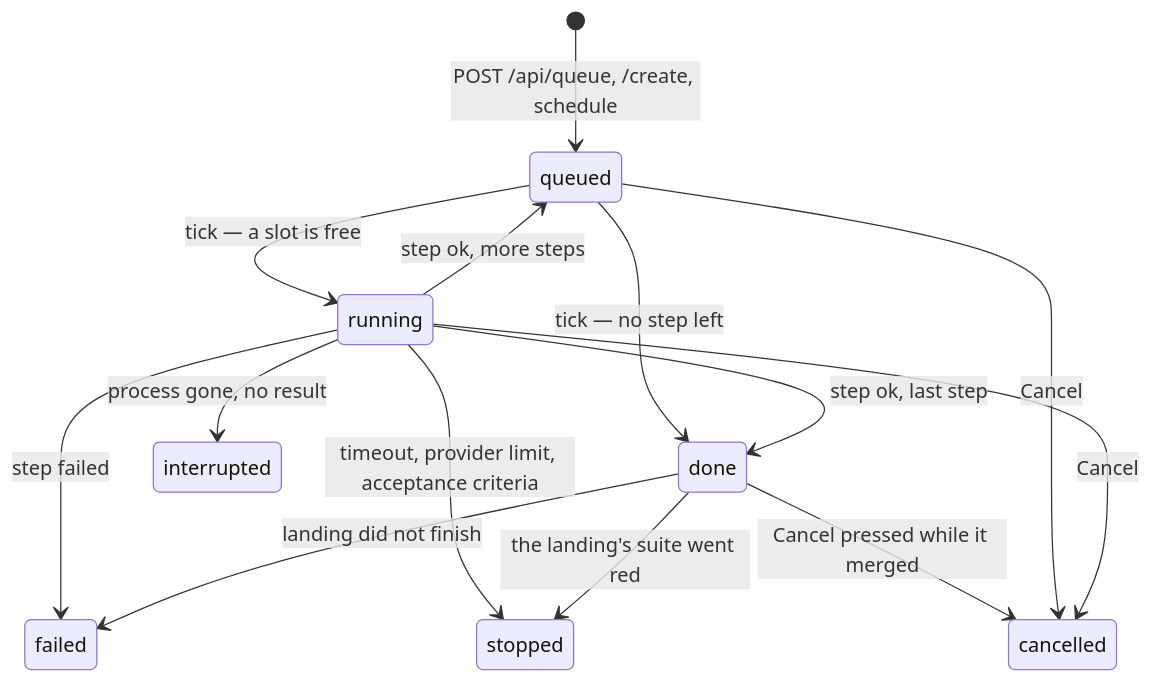
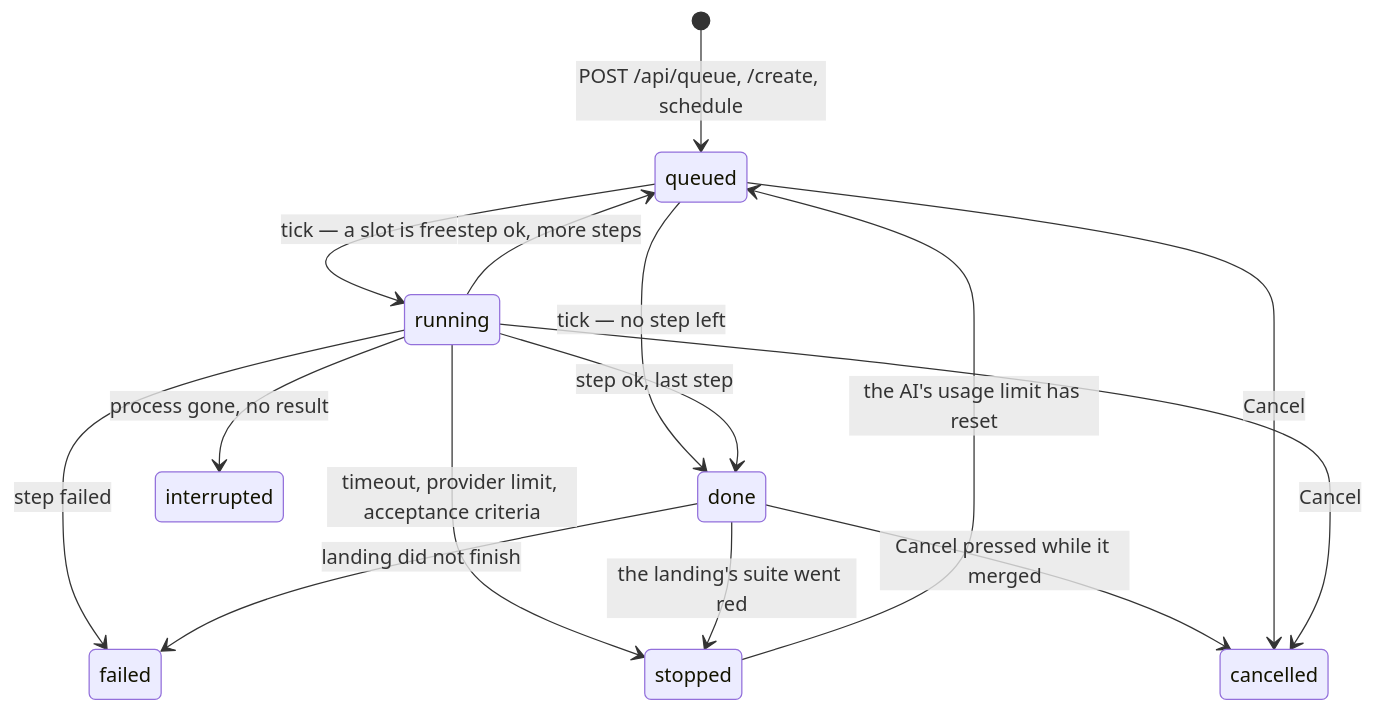
One commit to ragnarwestad/aide changed the diagram in dashboard/docs/job-states.md. Above: the diagram before and after it, drawn with Mermaid. The commit also changed other lines of this file and 26 other files, not shown here.

````diff
--- a/dashboard/docs/job-states.md
+++ b/dashboard/docs/job-states.md
@@ -49,16 +51,17 @@
 ```mermaid
 stateDiagram-v2
     [*] --> queued: POST /api/queue, /create, schedule
     queued --> running: tick — a slot is free
     queued --> done: tick — no step left
     running --> queued: step ok, more steps
     running --> done: step ok, last step
     running --> stopped: timeout, provider limit, acceptance criteria
     running --> failed: step failed
     running --> interrupted: process gone, no result
     done --> failed: landing did not finish
     done --> stopped: the landing's suite went red
     done --> cancelled: Cancel pressed while it merged
+    stopped --> queued: the AI's usage limit has reset
     queued --> cancelled: Cancel
     running --> cancelled: Cancel
 ```
````
